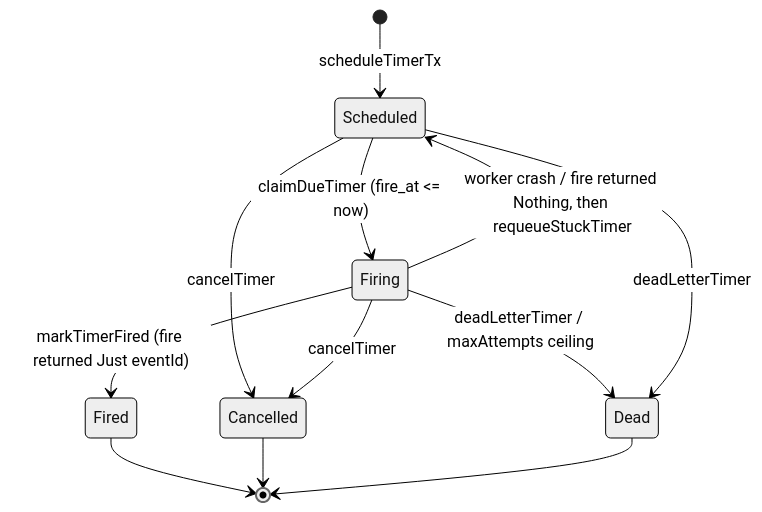
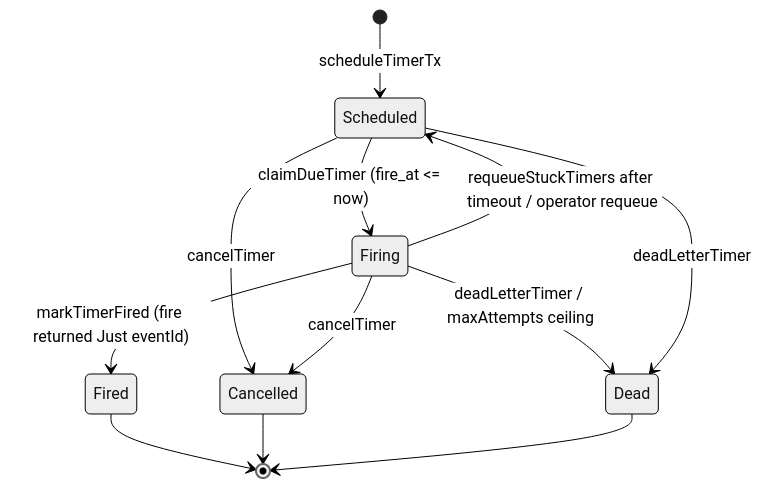
Before and after one commit to shinzui/keiro-runtime-docs: the diagram in content/docs/keiro/explanation/durable-timers.mdx, drawn with Mermaid (neutral theme). The commit also changed other lines of this file and 25 other files, not shown here.

````diff
--- a/content/docs/keiro/explanation/durable-timers.mdx
+++ b/content/docs/keiro/explanation/durable-timers.mdx
@@ -39,14 +39,14 @@
 ```mermaid
 stateDiagram-v2
   [*] --> Scheduled: scheduleTimerTx
   Scheduled --> Firing: claimDueTimer (fire_at <= now)
   Firing --> Fired: markTimerFired (fire returned Just eventId)
-  Firing --> Scheduled: worker crash / fire returned Nothing, then requeueStuckTimer
+  Firing --> Scheduled: requeueStuckTimers after timeout / operator requeue
   Scheduled --> Cancelled: cancelTimer
   Firing --> Cancelled: cancelTimer
   Firing --> Dead: deadLetterTimer / maxAttempts ceiling
   Scheduled --> Dead: deadLetterTimer
   Fired --> [*]
   Cancelled --> [*]
   Dead --> [*]
 ```
````
